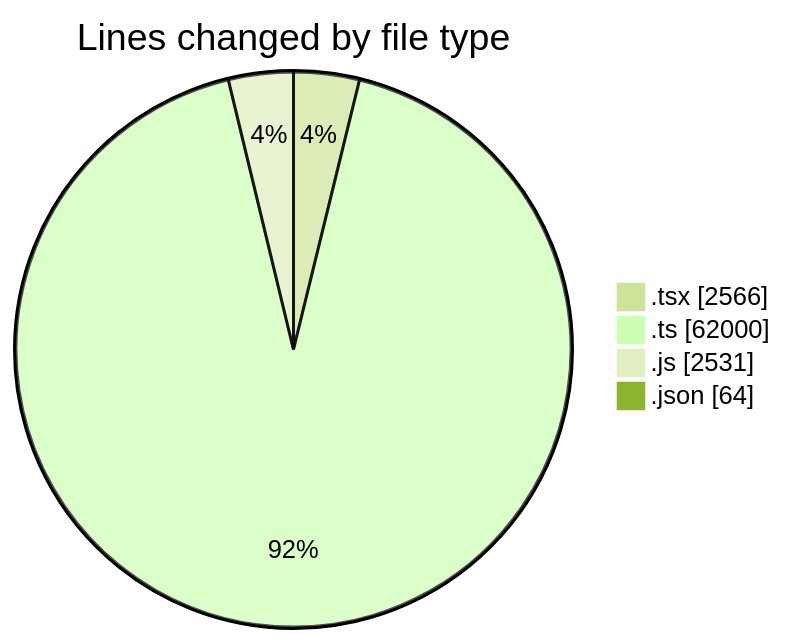
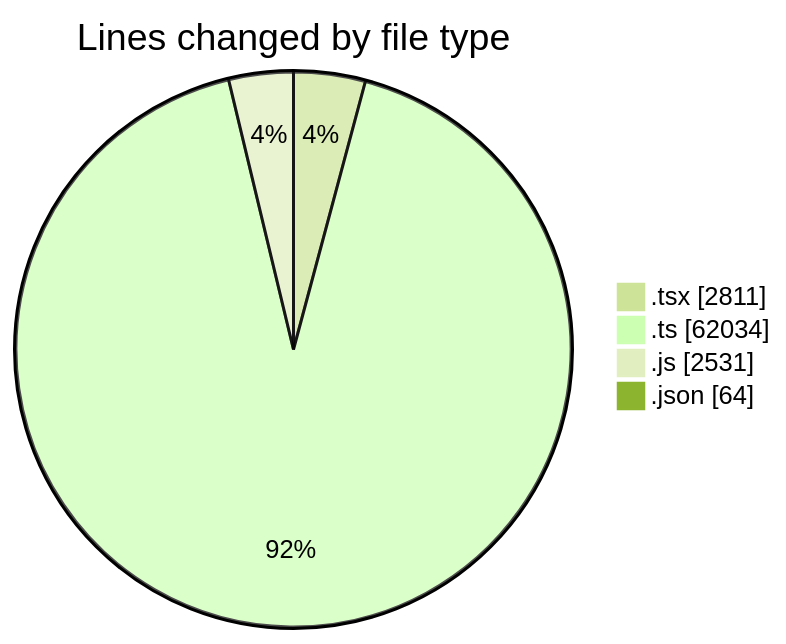
One commit to momahboobian/code-tracking changed the first of 2 diagrams in 2026-07-30/cda/README.md. Above: the diagram before and after it, drawn with Mermaid (forest theme). The commit also changed other lines of this file and 1 other file, not shown here.

````diff
--- a/2026-07-30/cda/README.md
+++ b/2026-07-30/cda/README.md
@@ -53,8 +54,8 @@
 ```mermaid
 pie showData
 title Lines changed by file type
-".tsx" : 2566
-".ts" : 62000
+".tsx" : 2811
+".ts" : 62034
 ".js" : 2531
 ".json" : 64
 ```
````
